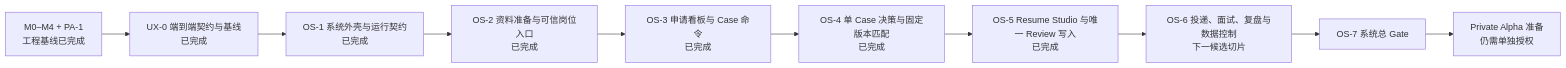
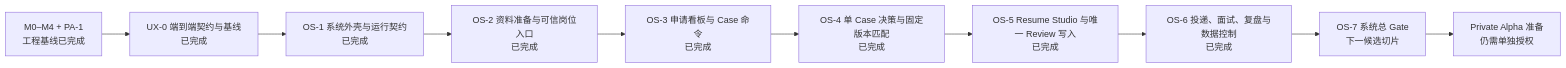
Before and after one commit to CodeVoyager21932/Aijob: the diagram in docs/06-mvp-roadmap.md, drawn with Mermaid. The commit also changed other lines of this file and 44 other files, not shown here.

```diff
--- a/docs/06-mvp-roadmap.md
+++ b/docs/06-mvp-roadmap.md
@@ -49,12 +51,12 @@
 ~~~mermaid
 flowchart LR
     B["M0–M4 + PA-1<br/>工程基线已完成"] --> U0["UX-0 端到端契约与基线<br/>已完成"]
     U0 --> O1["OS-1 系统外壳与运行契约<br/>已完成"]
     O1 --> O2["OS-2 资料准备与可信岗位入口<br/>已完成"]
     O2 --> O3["OS-3 申请看板与 Case 命令<br/>已完成"]
     O3 --> O4["OS-4 单 Case 决策与固定版本匹配<br/>已完成"]
     O4 --> O5["OS-5 Resume Studio 与唯一 Review 写入<br/>已完成"]
-    O5 --> O6["OS-6 投递、面试、复盘与数据控制<br/>下一候选切片"]
-    O6 --> O7["OS-7 系统总 Gate"]
+    O5 --> O6["OS-6 投递、面试、复盘与数据控制<br/>已完成"]
+    O6 --> O7["OS-7 系统总 Gate<br/>下一候选切片"]
     O7 --> P["Private Alpha 准备<br/>仍需单独授权"]
 ~~~
```
